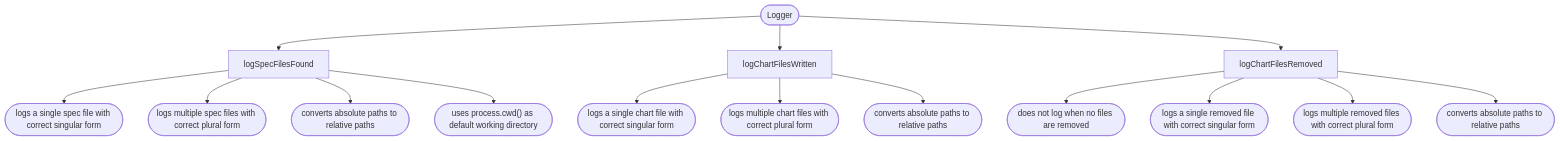
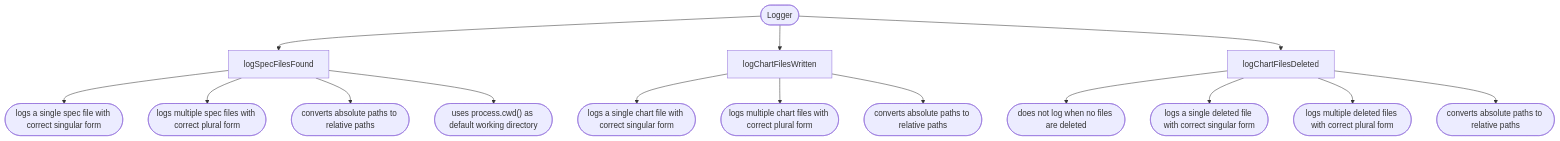
Before and after one commit to arnaudrenaud/speccharts: the fourth of 8 diagrams in speccharts.md, drawn with Mermaid. The commit also changed other lines of this file, not shown here.

````diff
--- a/speccharts.md
+++ b/speccharts.md
@@ -92,32 +92,32 @@
 ```mermaid
 flowchart TD
 N0(["Logger"])
 N1["logSpecFilesFound"]
 N0 --> N1
 N2(["logs a single spec file with correct singular form"])
 N1 --> N2
 N3(["logs multiple spec files with correct plural form"])
 N1 --> N3
 N4(["converts absolute paths to relative paths"])
 N1 --> N4
 N5(["uses process.cwd() as default working directory"])
 N1 --> N5
 N6["logChartFilesWritten"]
 N0 --> N6
 N7(["logs a single chart file with correct singular form"])
 N6 --> N7
 N8(["logs multiple chart files with correct plural form"])
 N6 --> N8
 N9(["converts absolute paths to relative paths"])
 N6 --> N9
-N10["logChartFilesRemoved"]
+N10["logChartFilesDeleted"]
 N0 --> N10
-N11(["does not log when no files are removed"])
+N11(["does not log when no files are deleted"])
 N10 --> N11
-N12(["logs a single removed file with correct singular form"])
+N12(["logs a single deleted file with correct singular form"])
 N10 --> N12
-N13(["logs multiple removed files with correct plural form"])
+N13(["logs multiple deleted files with correct plural form"])
 N10 --> N13
 N14(["converts absolute paths to relative paths"])
 N10 --> N14
 ```
````
